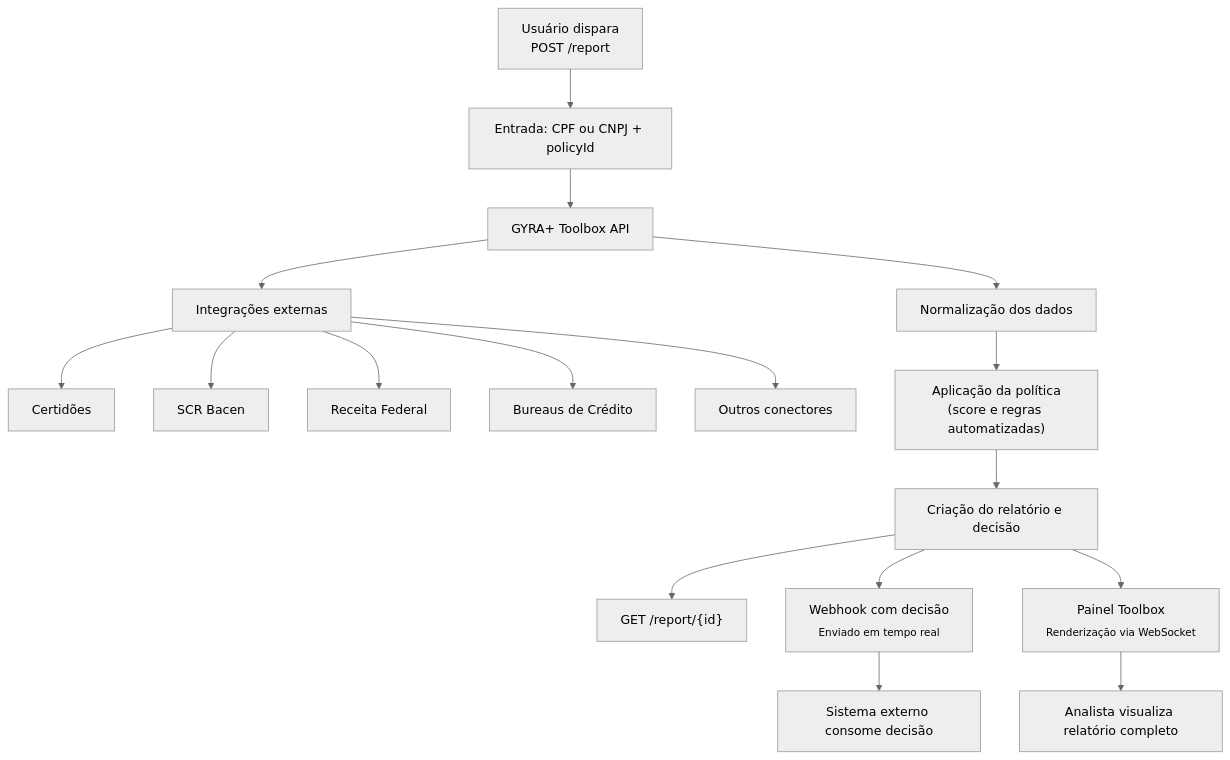
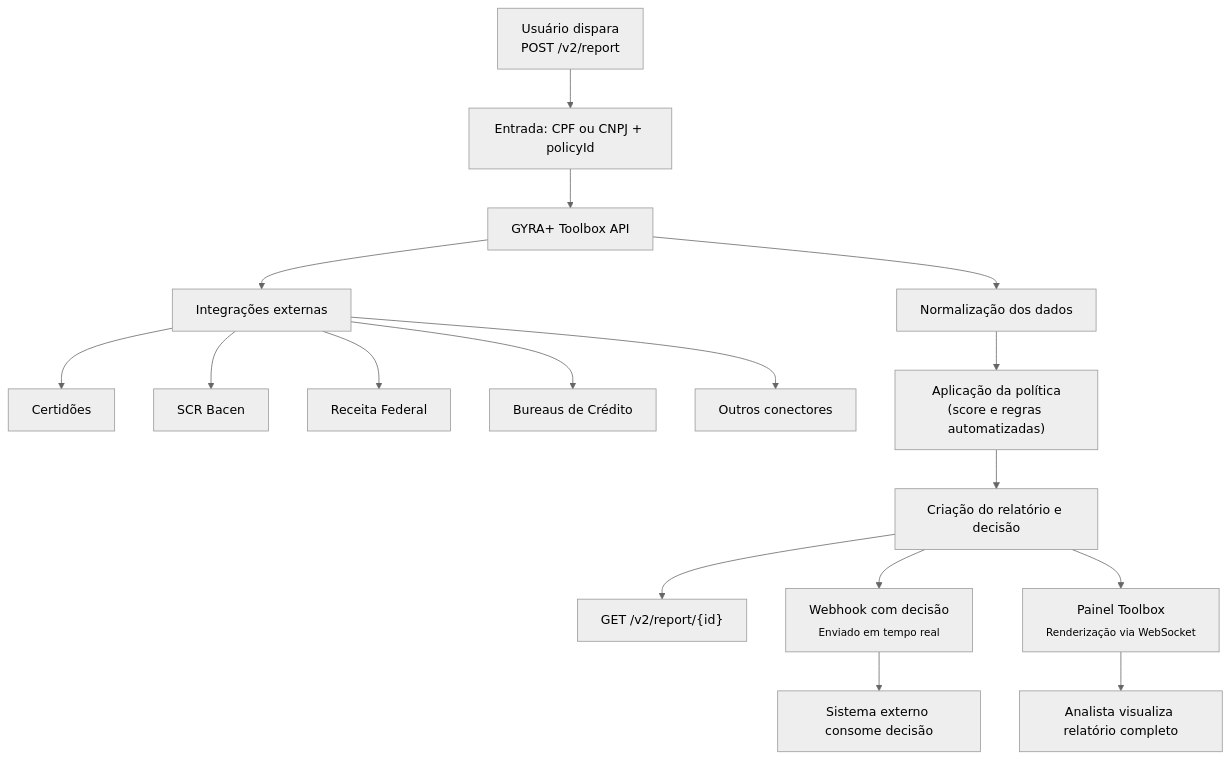
Before and after one commit to gyramais/gyra-mintlify-api-docs: the diagram in api-reference/como-funciona.mdx, drawn with Mermaid (neutral theme). The commit also changed other lines of this file and 97 other files, not shown here.

````diff
--- a/api-reference/como-funciona.mdx
+++ b/api-reference/como-funciona.mdx
@@ -10,21 +10,21 @@
 ```mermaid
 flowchart TD
-  A["Usuário dispara<br>POST /report"] --> B["Entrada: CPF ou CNPJ + policyId"]
+  A["Usuário dispara<br>POST /v2/report"] --> B["Entrada: CPF ou CNPJ + policyId"]
   B --> C["GYRA+ Toolbox API"]
   C --> D["Integrações externas"]
   D --> D1["Certidões"]
   D --> D2["SCR Bacen"]
   D --> D3["Receita Federal"]
   D --> D4["Bureaus de Crédito"]
   D --> D5["Outros conectores"]
   C --> E["Normalização dos dados"]
   E --> F["Aplicação da política<br>(score e regras automatizadas)"]
   F --> G["Criação do relatório e decisão"]
 
-  G --> H1["GET /report/{id}"]
+  G --> H1["GET /v2/report/{id}"]
   G --> H2["Webhook com decisão<br><sub>Enviado em tempo real</sub>"]
   G --> H3["Painel Toolbox<br><sub>Renderização via WebSocket</sub>"]
 
   H2 --> I1["Sistema externo consome decisão"]
   H3 --> I2["Analista visualiza relatório completo"]
 ```
````
